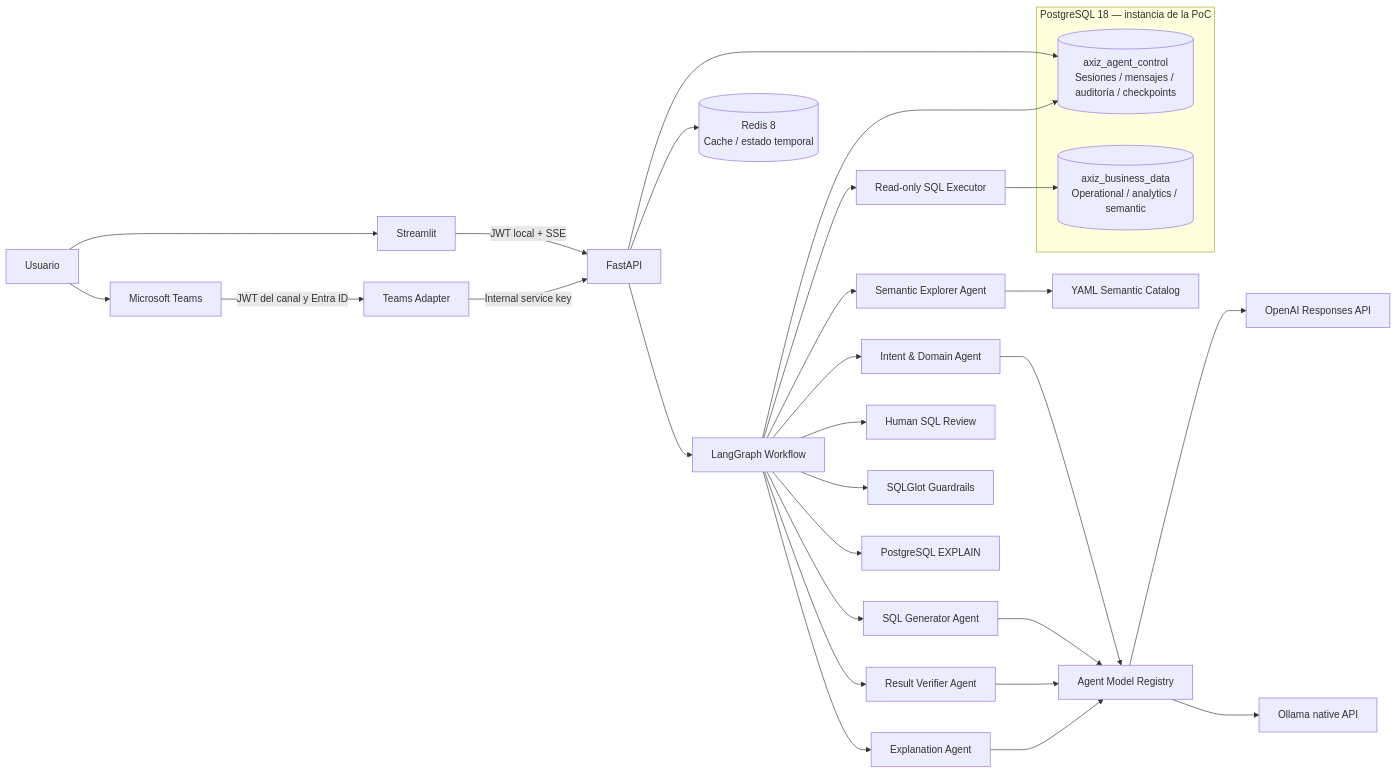
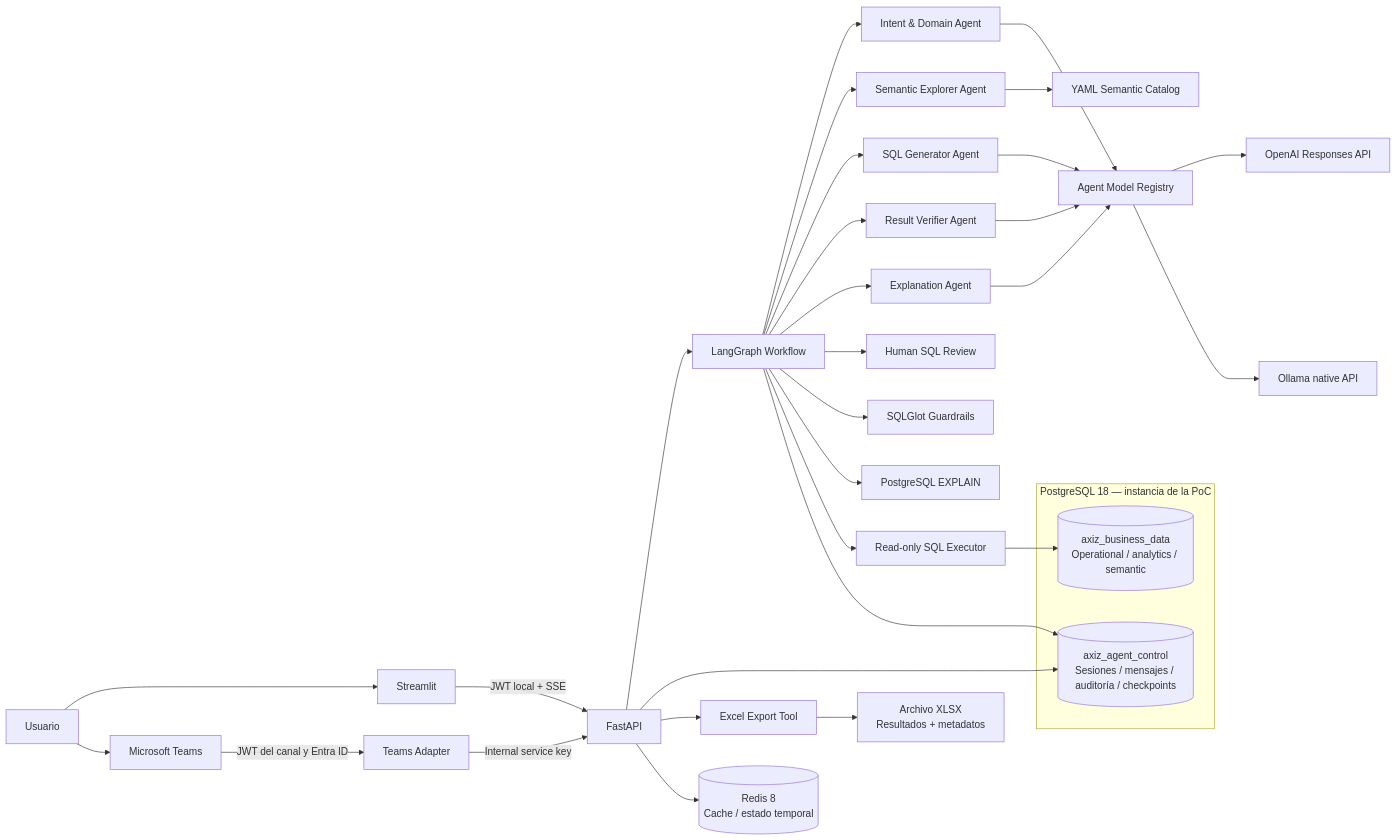
One commit to edgarrth/multiagente-sql-reporter changed the first of 4 diagrams in README.md. Above: the diagram before and after it, drawn with Mermaid. The commit also changed other lines of this file and 15 other files, not shown here.

````diff
--- a/README.md
+++ b/README.md
@@ -53,41 +56,44 @@
 ```mermaid
 flowchart LR
     U[Usuario] --> ST[Streamlit]
     U --> TM[Microsoft Teams]
     ST -->|JWT local + SSE| API[FastAPI]
     TM -->|JWT del canal y Entra ID| TA[Teams Adapter]
     TA -->|Internal service key| API
 
     API --> LG[LangGraph Workflow]
     LG --> IA[Intent & Domain Agent]
     LG --> SA[Semantic Explorer Agent]
     LG --> SQ[SQL Generator Agent]
     LG --> VA[Result Verifier Agent]
     LG --> EA[Explanation Agent]
 
     IA --> MR[Agent Model Registry]
     SQ --> MR
     VA --> MR
     EA --> MR
     MR --> OA[OpenAI Responses API]
     MR --> OL[Ollama native API]
 
     SA --> CAT[YAML Semantic Catalog]
     LG --> HITL[Human SQL Review]
     LG --> SG[SQLGlot Guardrails]
     LG --> CE[PostgreSQL EXPLAIN]
     LG --> EX[Read-only SQL Executor]
 
     subgraph PG[PostgreSQL 18 — instancia de la PoC]
         CTRL[(axiz_agent_control
 Sesiones / mensajes / auditoría / checkpoints)]
         DATA[(axiz_business_data
 Operational / analytics / semantic)]
     end
 
     API --> CTRL
     LG --> CTRL
     EX --> DATA
+    API --> XT[Excel Export Tool]
+    XT --> XLSX[Archivo XLSX
+Resultados + metadatos]
     API --> RD[(Redis 8
 Cache / estado temporal)]
 ```
````
